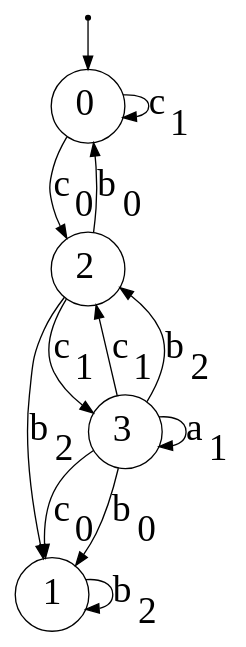
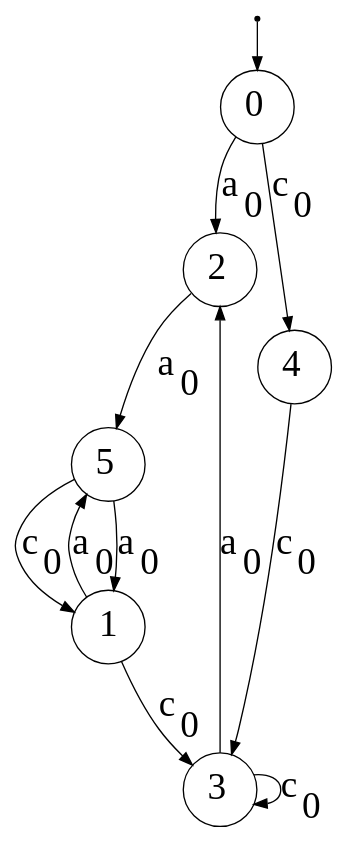
The diagram in dotsource.dot (Reithger/Finite-State-Machine-Model), drawn with Graphviz before and after one commit. The commit also changed 5 other files, not shown here.

```diff
--- a/dotsource.dot
+++ b/dotsource.dot
@@ -1,19 +1,20 @@
 digraph G {
 "n0"[label= <0> shape=circle color="black" style=wedged fillcolor="white" style=filled fontsize="28"];
 "ArbitraryUnusedNameNoWorriesJustGrooving1"[fontSize=1 shape=point];
 "n1"[label= <1> shape=circle color="black" style=wedged fillcolor="white" style=filled fontsize="28"];
 "n2"[label= <2> shape=circle color="black" style=wedged fillcolor="white" style=filled fontsize="28"];
 "n3"[label= <3> shape=circle color="black" style=wedged fillcolor="white" style=filled fontsize="28"];
+"n4"[label= <4> shape=circle color="black" style=wedged fillcolor="white" style=filled fontsize="28"];
+"n5"[label= <5> shape=circle color="black" style=wedged fillcolor="white" style=filled fontsize="28"];
 {"ArbitraryUnusedNameNoWorriesJustGrooving1"}->{"n0"};
-{"n0"}->{"n0"}[label = <c<sub>1</sub>> color="black" arrowhead="normal" style="" fontsize="28"];
-{"n0"}->{"n2"}[label = <c<sub>0</sub>> color="black" arrowhead="normal" style="" fontsize="28"];
-{"n1"}->{"n1"}[label = <b<sub>2</sub>> color="black" arrowhead="normal" style="" fontsize="28"];
-{"n2"}->{"n0"}[label = <b<sub>0</sub>> color="black" arrowhead="normal" style="" fontsize="28"];
-{"n2"}->{"n1"}[label = <b<sub>2</sub>> color="black" arrowhead="normal" style="" fontsize="28"];
-{"n2"}->{"n3"}[label = <c<sub>1</sub>> color="black" arrowhead="normal" style="" fontsize="28"];
-{"n3"}->{"n1"}[label = <c<sub>0</sub>> color="black" arrowhead="normal" style="" fontsize="28"];
-{"n3"}->{"n2"}[label = <c<sub>1</sub>> color="black" arrowhead="normal" style="" fontsize="28"];
-{"n3"}->{"n2"}[label = <b<sub>2</sub>> color="black" arrowhead="normal" style="" fontsize="28"];
-{"n3"}->{"n3"}[label = <a<sub>1</sub>> color="black" arrowhead="normal" style="" fontsize="28"];
-{"n3"}->{"n1"}[label = <b<sub>0</sub>> color="black" arrowhead="normal" style="" fontsize="28"];
+{"n0"}->{"n2"}[label = <a<sub>0</sub>> color="black" arrowhead="normal" style="" fontsize="28"];
+{"n0"}->{"n4"}[label = <c<sub>0</sub>> color="black" arrowhead="normal" style="" fontsize="28"];
+{"n1"}->{"n3"}[label = <c<sub>0</sub>> color="black" arrowhead="normal" style="" fontsize="28"];
+{"n1"}->{"n5"}[label = <a<sub>0</sub>> color="black" arrowhead="normal" style="" fontsize="28"];
+{"n2"}->{"n5"}[label = <a<sub>0</sub>> color="black" arrowhead="normal" style="" fontsize="28"];
+{"n3"}->{"n2"}[label = <a<sub>0</sub>> color="black" arrowhead="normal" style="" fontsize="28"];
+{"n3"}->{"n3"}[label = <c<sub>0</sub>> color="black" arrowhead="normal" style="" fontsize="28"];
+{"n4"}->{"n3"}[label = <c<sub>0</sub>> color="black" arrowhead="normal" style="" fontsize="28"];
+{"n5"}->{"n1"}[label = <a<sub>0</sub>> color="black" arrowhead="normal" style="" fontsize="28"];
+{"n5"}->{"n1"}[label = <c<sub>0</sub>> color="black" arrowhead="normal" style="" fontsize="28"];
 }
```
